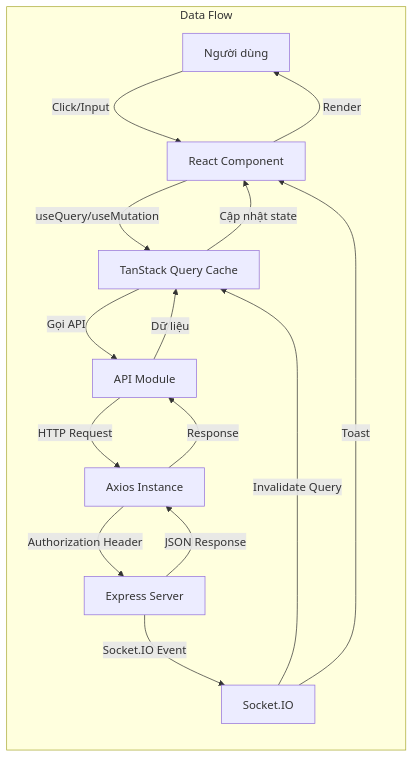
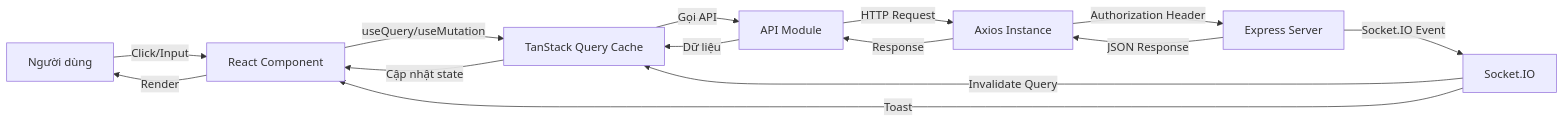
One commit to nghiaxh/hr-management changed the third of 24 diagrams in docs/SDD.md. Above: the diagram before and after it, drawn with Mermaid. The commit also changed other lines of this file and 8 other files, not shown here.

````diff
--- a/docs/SDD.md
+++ b/docs/SDD.md
@@ -408,27 +335,13 @@
 ```mermaid
 graph LR
-    subgraph "Data Flow"
-        USER[Người dùng]
-        COMP[React Component]
-        API[API Module]
-        AXI[Axios Instance]
-        SOCK[Socket.IO]
-        QUERY[TanStack Query Cache]
-        SERVER[Express Server]
-    end
-
-    USER -->|Click/Input| COMP
-    COMP -->|useQuery/useMutation| QUERY
-    QUERY -->|Gọi API| API
-    API -->|HTTP Request| AXI
-    AXI -->|Authorization Header| SERVER
-    SERVER -->|JSON Response| AXI
-    AXI -->|Response| API
-    API -->|Dữ liệu| QUERY
-    QUERY -->|Cập nhật state| COMP
-    COMP -->|Render| USER
-
-    SERVER -->|Socket.IO Event| SOCK
+    USER[Người dùng] -->|Click/Input| COMP[React Component]
+    COMP -->|useQuery/useMutation| QUERY[TanStack Query Cache]
+    QUERY -->|Gọi API| API[API Module]
+    API -->|HTTP Request| AXI[Axios Instance]
+    AXI -->|Authorization Header| SERVER[Express Server]
+    SERVER -->|JSON Response| AXI -->|Response| API
+    API -->|Dữ liệu| QUERY -->|Cập nhật state| COMP -->|Render| USER
+    SERVER -->|Socket.IO Event| SOCK[Socket.IO]
     SOCK -->|Invalidate Query| QUERY
     SOCK -->|Toast| COMP
 ```
````
